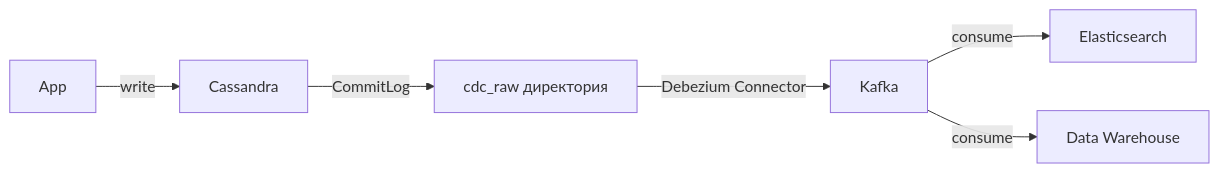
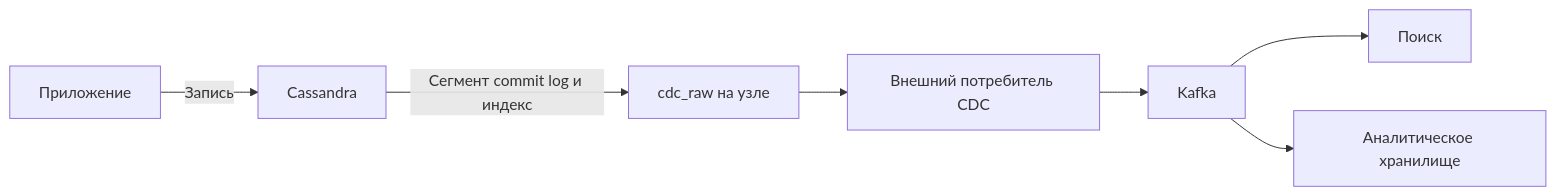
One commit to akeverus/cheat-sheet changed diagram 11 of 11 in cheatsheets/interview/databases/cassandra-interview.md. Above: the diagram before and after it, drawn with Mermaid. The commit also changed other lines of this file, not shown here.

Commit message:
Clarify Cassandra collections, paging, routing, analytics, and CDC

````diff
--- a/cheatsheets/interview/databases/cassandra-interview.md
+++ b/cheatsheets/interview/databases/cassandra-interview.md
@@ -1601,8 +1456,9 @@
 ```mermaid
 graph LR
-    App -->|"write"| Cassandra
-    Cassandra -->|"CommitLog"| CDC_Raw[cdc_raw директория]
-    CDC_Raw -->|"Debezium Connector"| Kafka
-    Kafka -->|"consume"| ES[Elasticsearch]
-    Kafka -->|"consume"| DW[Data Warehouse]
+    App[Приложение] -->|Запись| C[Cassandra]
+    C -->|Сегмент commit log и индекс| Raw[cdc_raw на узле]
+    Raw --> Reader[Внешний потребитель CDC]
+    Reader --> Kafka
+    Kafka --> ES[Поиск]
+    Kafka --> DW[Аналитическое хранилище]
 ```
````
